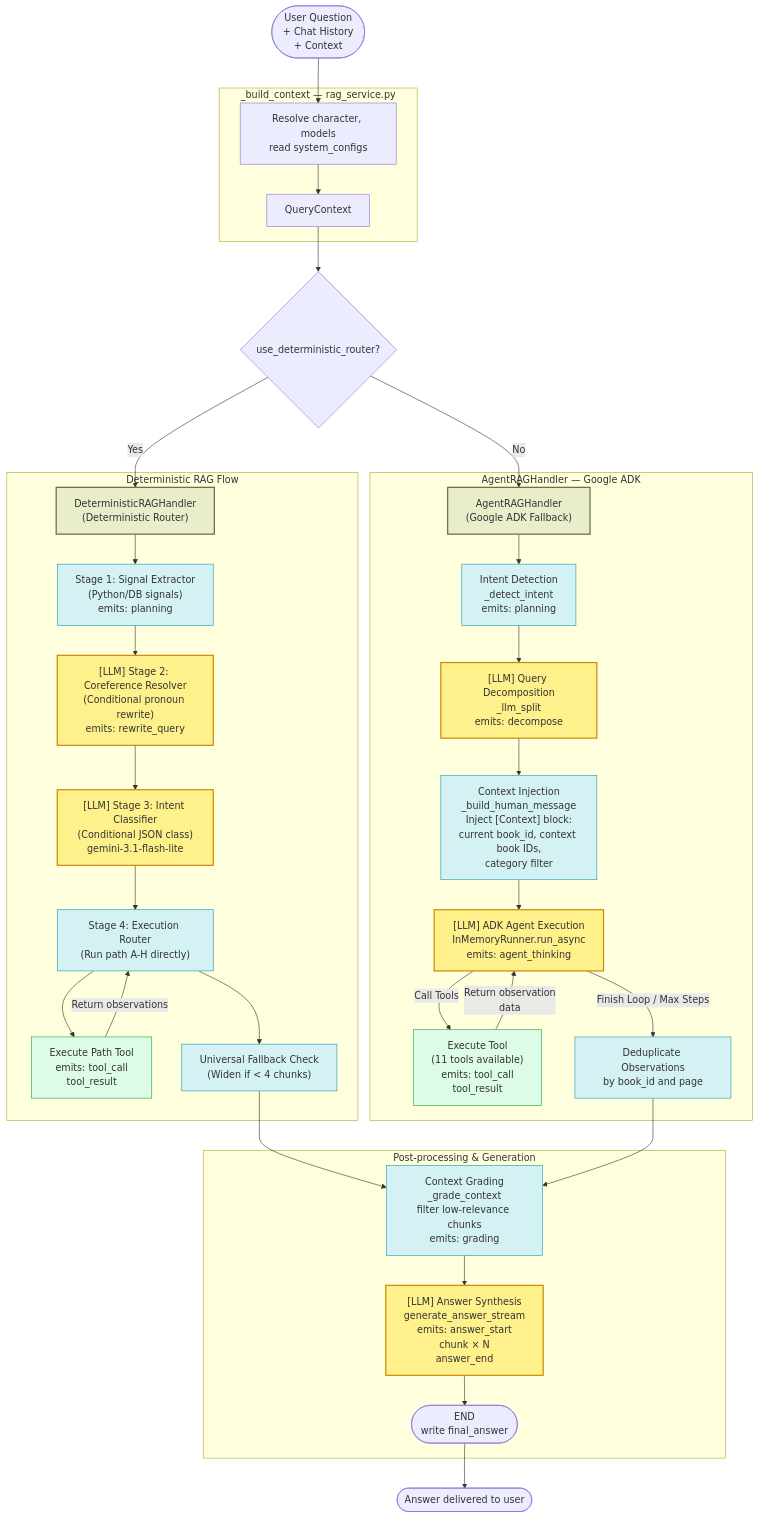
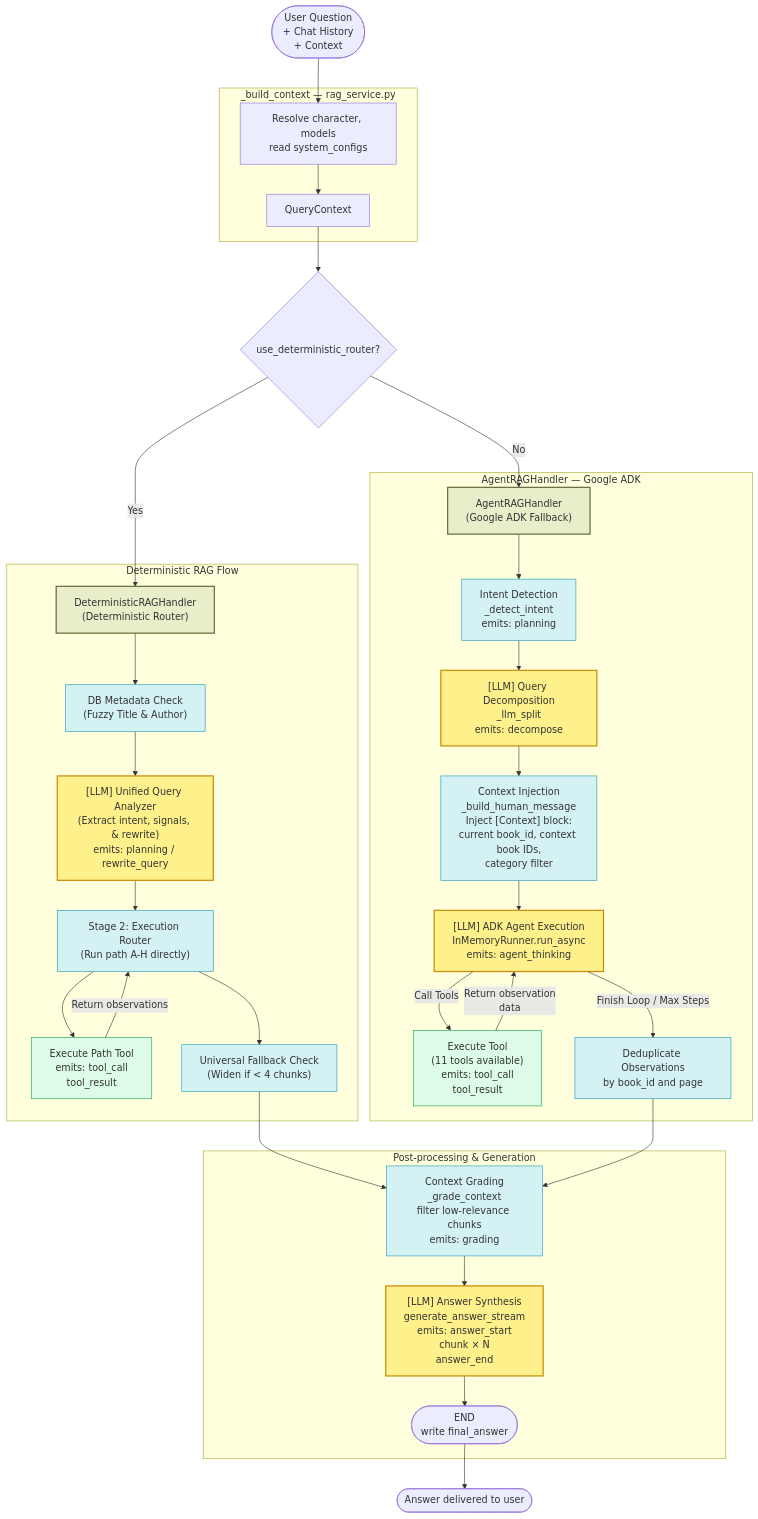
Before and after one commit to Kitabim-AI/kitabim-ai: the first of 3 diagrams in docs/main/QUESTION_ANSWERING_DIAGRAM.md, drawn with Mermaid. The commit also changed 8 other files, not shown here.

Commit message:
refactor: replace multi-stage signal extraction with a unified LLM query analyzer and integrate coreference resolution into the routing pipeline

````diff
--- a/docs/main/QUESTION_ANSWERING_DIAGRAM.md
+++ b/docs/main/QUESTION_ANSWERING_DIAGRAM.md
@@ -9,60 +9,59 @@
 ```mermaid
 flowchart TD
     %% Entry
     Q(["User Question<br/>+ Chat History<br/>+ Context"]) --> BUILD
 
     %% Context build
     subgraph ContextBuild ["_build_context — rag_service.py"]
         BUILD["Resolve character, models<br/>read system_configs"] --> CTX[QueryContext]
     end
 
     CTX --> ROUTE{use_deterministic_router?}
 
     ROUTE -- Yes --> H_DET["DeterministicRAGHandler<br/>(Deterministic Router)"]
     ROUTE -- No --> H_AG["AgentRAGHandler<br/>(Google ADK Fallback)"]
 
     %% Deterministic Router Flow
     subgraph DetRouter ["Deterministic RAG Flow"]
-        H_DET --> S1["Stage 1: Signal Extractor<br/>(Python/DB signals)<br/>emits: planning"]
-        S1 --> S2["[LLM] Stage 2: Coreference Resolver<br/>(Conditional pronoun rewrite)<br/>emits: rewrite_query"]
-        S2 --> S3["[LLM] Stage 3: Intent Classifier<br/>(Conditional JSON class)<br/>gemini-3.1-flash-lite"]
-        S3 --> S4["Stage 4: Execution Router<br/>(Run path A-H directly)"]
+        H_DET --> S1_DB["DB Metadata Check<br/>(Fuzzy Title & Author)"]
+        S1_DB --> S1_LLM["[LLM] Unified Query Analyzer<br/>(Extract intent, signals, & rewrite)<br/>emits: planning / rewrite_query"]
+        S1_LLM --> S4["Stage 2: Execution Router<br/>(Run path A-H directly)"]
         S4 --> T_DET["Execute Path Tool<br/>emits: tool_call<br/>tool_result"]
         T_DET -->|Return observations| S4
         S4 --> DET_MERGE["Universal Fallback Check<br/>(Widen if < 4 chunks)"]
     end
 
     %% Agentic RAG — Google ADK Execution Flow
     subgraph AgentRAG ["AgentRAGHandler — Google ADK"]
         H_AG --> INTENT["Intent Detection<br/>_detect_intent<br/>emits: planning"]
         INTENT --> DECOMP["[LLM] Query Decomposition<br/>_llm_split<br/>emits: decompose"]
         DECOMP --> CTX_INJ["Context Injection<br/>_build_human_message<br/>Inject [Context] block:<br/>current book_id, context book IDs,<br/>category filter"]
         CTX_INJ --> ADK["[LLM] ADK Agent Execution<br/>InMemoryRunner.run_async<br/>emits: agent_thinking"]
 
         ADK -->|Call Tools| TOOL["Execute Tool<br/>(11 tools available)<br/>emits: tool_call<br/>tool_result"]
         TOOL -->|Return observation<br/>data| ADK
 
         ADK -->|Finish Loop / Max Steps| DEDUP["Deduplicate Observations<br/>by book_id and page"]
     end
 
     DET_MERGE --> GRADE
     DEDUP --> GRADE
 
     subgraph PostProcess ["Post-processing & Generation"]
         GRADE["Context Grading<br/>_grade_context<br/>filter low-relevance chunks<br/>emits: grading"]
         GRADE --> SYNTHESIS["[LLM] Answer Synthesis<br/>generate_answer_stream<br/>emits: answer_start<br/>chunk × N<br/>answer_end"]
         SYNTHESIS --> END_AG(["END<br/>write final_answer"])
     end
 
     END_AG --> ANS(["Answer delivered to user"])
 
     classDef handler fill:#e9edc9,stroke:#606c38,stroke-width:2px
     classDef tool fill:#dcfce7,stroke:#16a34a,stroke-width:1px
     classDef process fill:#d4f1f4,stroke:#189ab4,stroke-width:1px
     classDef llm fill:#fef08a,stroke:#ca8a04,stroke-width:2px
 
     class H_AG,H_DET handler
     class TOOL,T_DET tool
-    class INTENT,CTX_INJ,DEDUP,GRADE,S1,S4,DET_MERGE process
-    class DECOMP,ADK,SYNTHESIS,S2,S3 llm
+    class INTENT,CTX_INJ,DEDUP,GRADE,S1_DB,S4,DET_MERGE process
+    class DECOMP,ADK,SYNTHESIS,S1_LLM llm
 ```
````
